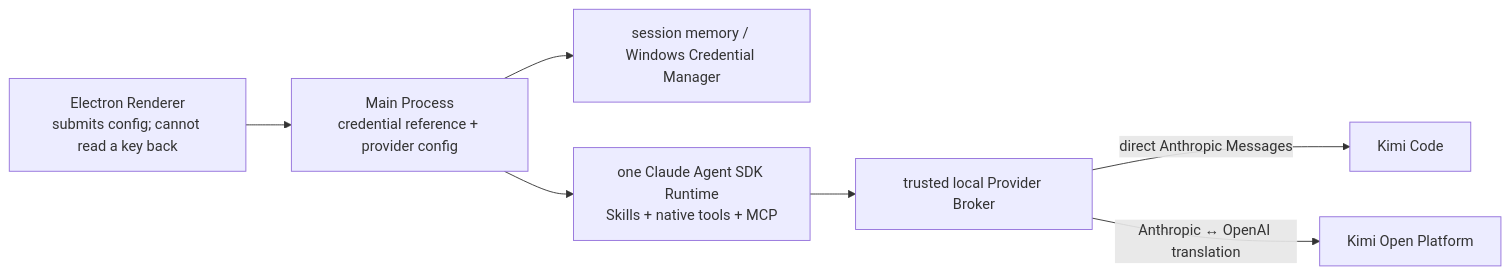
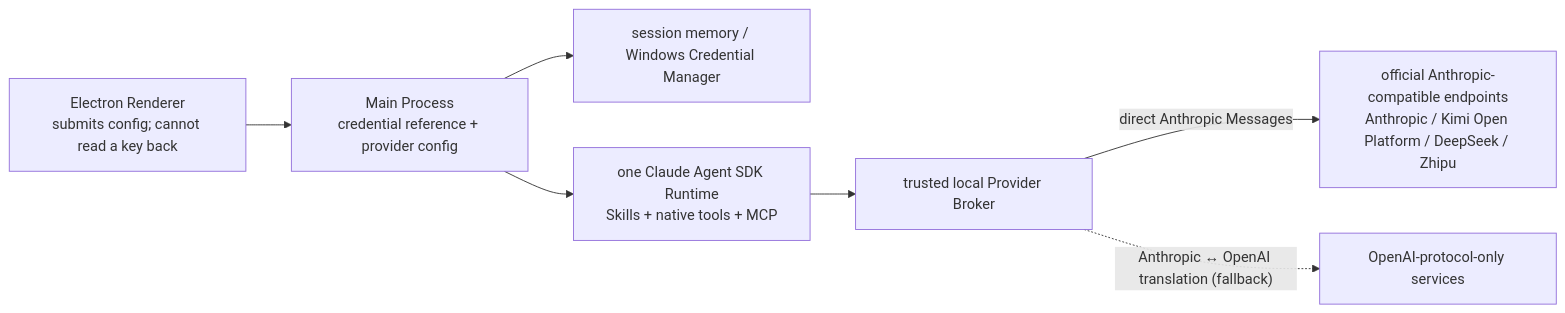
One commit to juicykwok2019/Mental-LEGOs changed the second of 2 diagrams in README.md. Above: the diagram before and after it, drawn with Mermaid. The commit also changed other lines of this file and 3 other files, not shown here.

First line of the commit message:
feat: drop Kimi Code and adopt the official Open Platform Anthropic endpoint

````diff
--- a/README.md
+++ b/README.md
@@ -254,9 +244,9 @@
 ```mermaid
 flowchart LR
   UI["Electron Renderer<br/>submits config; cannot read a key back"] --> MAIN["Main Process<br/>credential reference + provider config"]
   MAIN --> VAULT["session memory / Windows Credential Manager"]
   MAIN --> AGENT["one Claude Agent SDK Runtime<br/>Skills + native tools + MCP"]
   AGENT --> BROKER["trusted local Provider Broker"]
-  BROKER -->|"direct Anthropic Messages"| CODE["Kimi Code"]
-  BROKER -->|"Anthropic ↔ OpenAI translation"| OPEN["Kimi Open Platform"]
+  BROKER -->|"direct Anthropic Messages"| DIRECT["official Anthropic-compatible endpoints<br/>Anthropic / Kimi Open Platform / DeepSeek / Zhipu"]
+  BROKER -.->|"Anthropic ↔ OpenAI translation (fallback)"| OPEN["OpenAI-protocol-only services"]
 ```
````
